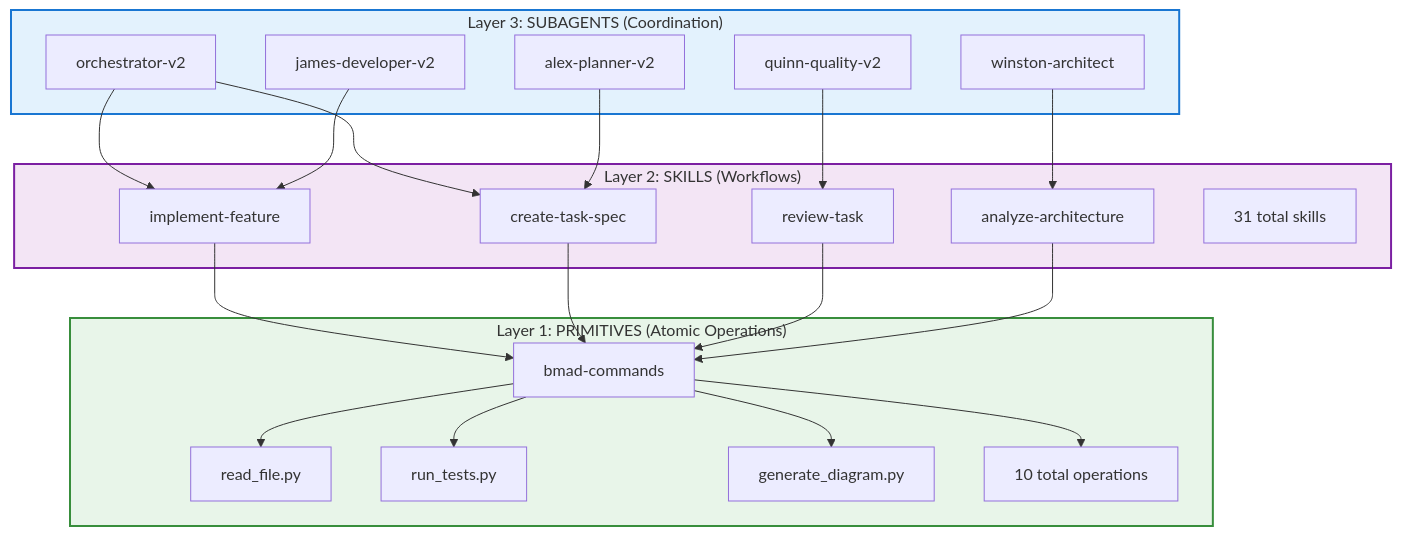
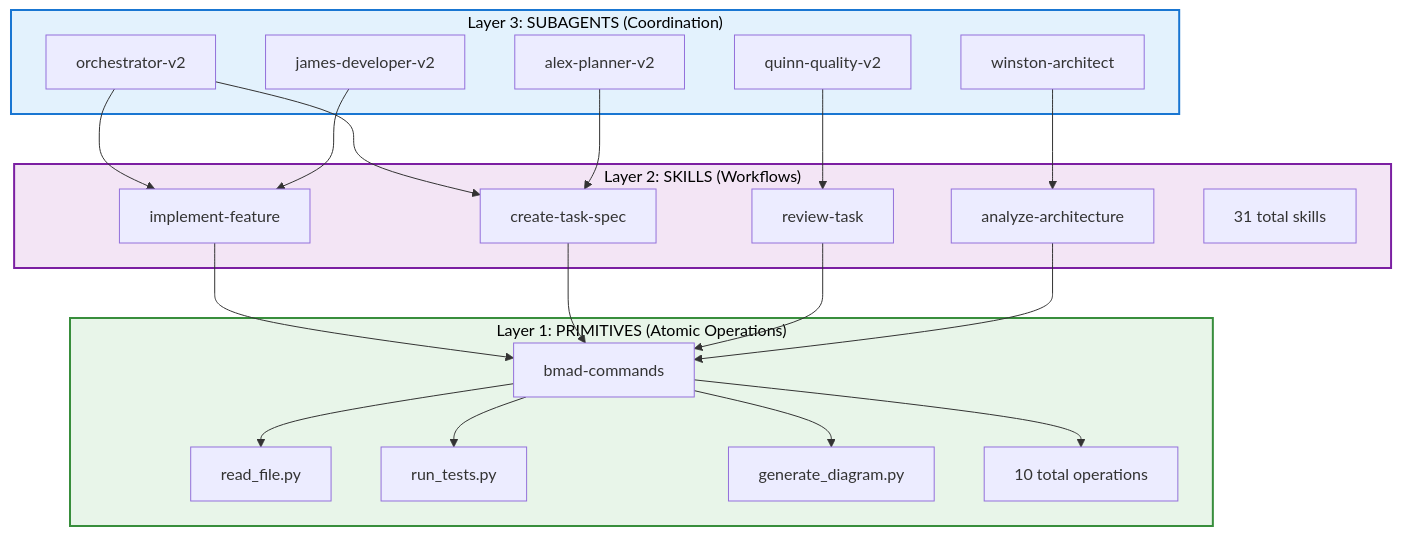
Before and after one commit to adolfoaranaes12/BMAD-ENHANCED: the first of 8 diagrams in docs/USER-GUIDE.md, drawn with Mermaid. The commit also changed other lines of this file and 11 other files, not shown here.

````diff
--- a/docs/USER-GUIDE.md
+++ b/docs/USER-GUIDE.md
@@ -164,47 +164,47 @@
 ```mermaid
 graph TD
     subgraph L3["Layer 3: SUBAGENTS (Coordination)"]
         A[orchestrator-v2]
         B[alex-planner-v2]
         C[james-developer-v2]
         D[quinn-quality-v2]
         E[winston-architect]
     end
 
     subgraph L2["Layer 2: SKILLS (Workflows)"]
         F[implement-feature]
         G[create-task-spec]
         H[review-task]
         I[analyze-architecture]
         J[31 total skills]
     end
 
     subgraph L1["Layer 1: PRIMITIVES (Atomic Operations)"]
         K[bmad-commands]
         L[read_file.py]
         M[run_tests.py]
         N[generate_diagram.py]
         O[10 total operations]
     end
 
     A --> F
     A --> G
     B --> G
     C --> F
     D --> H
     E --> I
 
     F --> K
     G --> K
     H --> K
     I --> K
 
     K --> L
     K --> M
     K --> N
     K --> O
 
-    style L3 fill:#e3f2fd,stroke:#1976d2,stroke-width:2px
-    style L2 fill:#f3e5f5,stroke:#7b1fa2,stroke-width:2px
-    style L1 fill:#e8f5e9,stroke:#388e3c,stroke-width:2px
+    style L3 fill:#e3f2fd,stroke:#1976d2,stroke-width:2px,color:#000
+    style L2 fill:#f3e5f5,stroke:#7b1fa2,stroke-width:2px,color:#000
+    style L1 fill:#e8f5e9,stroke:#388e3c,stroke-width:2px,color:#000
 ```
````
